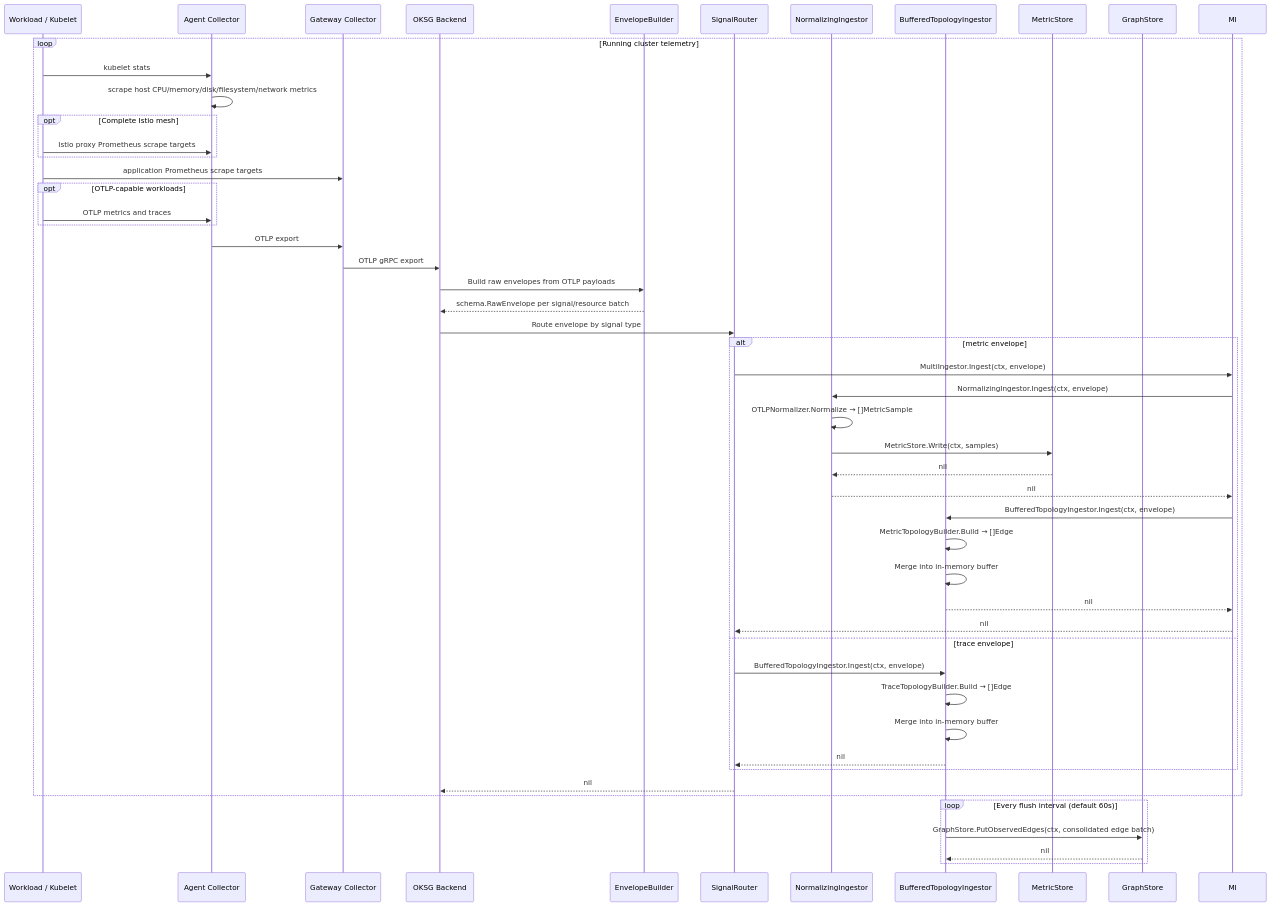
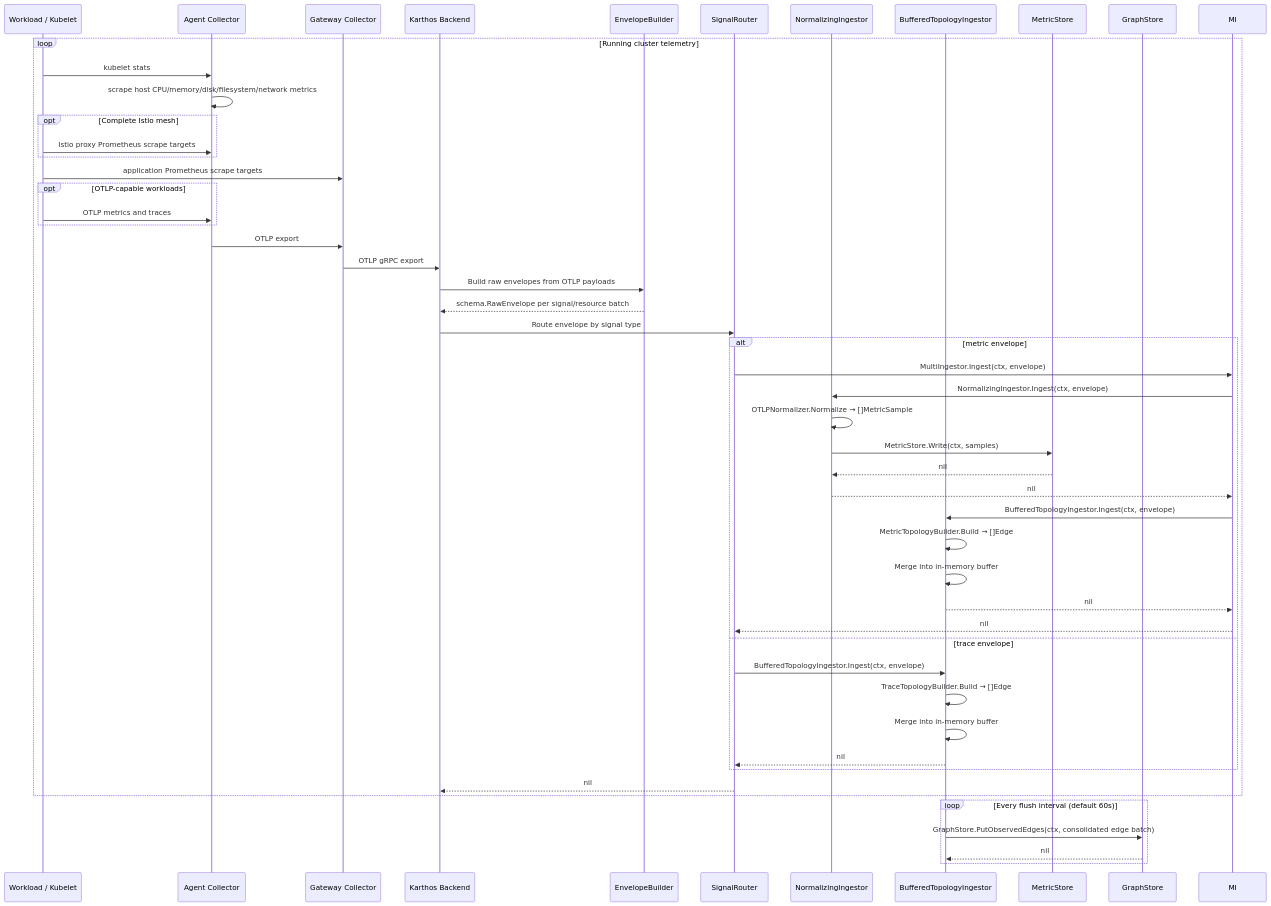
One commit to erickivel/karthos changed the first of 2 diagrams in docs/runtime-flow.md. Above: the diagram before and after it, drawn with Mermaid. The commit also changed other lines of this file and 240 other files, not shown here.

````diff
--- a/docs/runtime-flow.md
+++ b/docs/runtime-flow.md
@@ -19,53 +19,53 @@
 ```mermaid
 sequenceDiagram
     participant Workload as Workload / Kubelet
     participant Agent as Agent Collector
     participant Gateway as Gateway Collector
-    participant Backend as OKSG Backend
+    participant Backend as Karthos Backend
     participant Builder as EnvelopeBuilder
     participant Router as SignalRouter
     participant NI as NormalizingIngestor
     participant BTI as BufferedTopologyIngestor
     participant MS as MetricStore
     participant GS as GraphStore
 
     loop Running cluster telemetry
         Workload->>Agent: kubelet stats
         Agent->>Agent: scrape host CPU/memory/disk/filesystem/network metrics
         opt Complete Istio mesh
             Workload->>Agent: Istio proxy Prometheus scrape targets
         end
         Workload->>Gateway: application Prometheus scrape targets
         opt OTLP-capable workloads
             Workload->>Agent: OTLP metrics and traces
         end
         Agent->>Gateway: OTLP export
         Gateway->>Backend: OTLP gRPC export
         Backend->>Builder: Build raw envelopes from OTLP payloads
         Builder-->>Backend: schema.RawEnvelope per signal/resource batch
         Backend->>Router: Route envelope by signal type
         alt metric envelope
             Router->>MI: MultiIngestor.Ingest(ctx, envelope)
             MI->>NI: NormalizingIngestor.Ingest(ctx, envelope)
             NI->>NI: OTLPNormalizer.Normalize → []MetricSample
             NI->>MS: MetricStore.Write(ctx, samples)
             MS-->>NI: nil
             NI-->>MI: nil
             MI->>BTI: BufferedTopologyIngestor.Ingest(ctx, envelope)
             BTI->>BTI: MetricTopologyBuilder.Build → []Edge
             BTI->>BTI: Merge into in-memory buffer
             BTI-->>MI: nil
             MI-->>Router: nil
         else trace envelope
             Router->>BTI: BufferedTopologyIngestor.Ingest(ctx, envelope)
             BTI->>BTI: TraceTopologyBuilder.Build → []Edge
             BTI->>BTI: Merge into in-memory buffer
             BTI-->>Router: nil
         end
         Router-->>Backend: nil
     end
     loop Every flush interval (default 60s)
         BTI->>GS: GraphStore.PutObservedEdges(ctx, consolidated edge batch)
         GS-->>BTI: nil
     end
 ```
````
